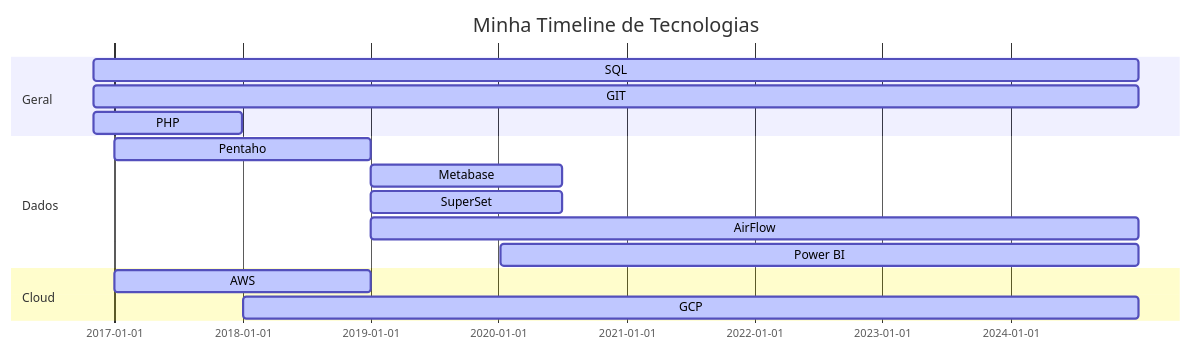
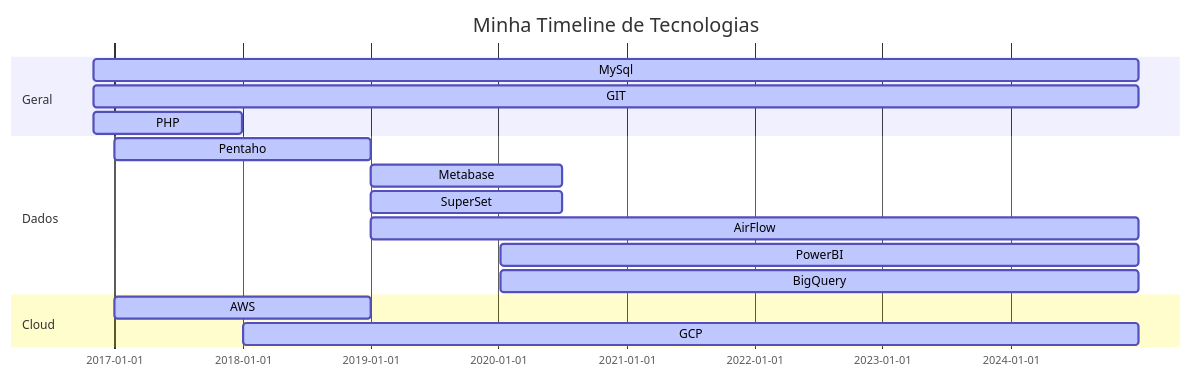
The diagram in README.md (ArturAlvesC/ArturAlvesC), drawn with Mermaid before and after one commit.

````diff
--- a/README.md
+++ b/README.md
@@ -6,20 +6,21 @@
 ```mermaid
 gantt
 dateFormat  YYYY-MM-DD
 title Minha Timeline de Tecnologias
 section Geral
-SQL           :active,, 2016-11-01,2024-12-31
+MySql           :active,, 2016-11-01,2024-12-31
 GIT           :active,, 2016-11-01,2024-12-31
 PHP           :active,, 2016-11-01,2017-12-31
 
 section Dados
 Pentaho       :active,, 2017-01-01,2018-12-31
 Metabase      :active,, 2019-01-01,2020-06-30
 SuperSet      :active,, 2019-01-01,2020-06-30
 AirFlow       :active,, 2019-01-01,2024-12-31
-Power BI      :active,, 2020-01-07,2024-12-31
+PowerBI      :active,, 2020-01-07,2024-12-31
+BigQuery     :active,, 2020-01-07,2024-12-31
 
 section Cloud
 AWS           :active,, 2017-01-01,2019-01-01
 GCP           :active,, 2018-01-01,2024-12-31
 ```
````
